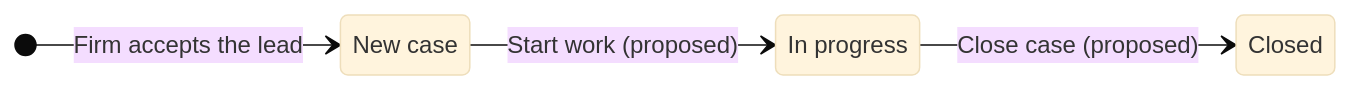
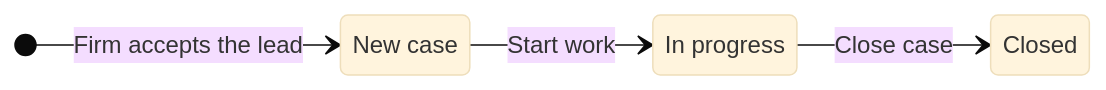
Before and after one commit to sxnnywu/grand-charter: the second of 3 diagrams in docs/workflow-rules.md, drawn with Mermaid (base theme). The commit also changed other lines of this file and 28 other files, not shown here.

````diff
--- a/docs/workflow-rules.md
+++ b/docs/workflow-rules.md
@@ -49,10 +49,10 @@
 ```mermaid
 stateDiagram-v2
     direction LR
     state "In progress" as InProgress
 
     state "New case" as NewCase
     [*] --> NewCase: Firm accepts the lead
-    NewCase --> InProgress: Start work (proposed)
-    InProgress --> Closed: Close case (proposed)
+    NewCase --> InProgress: Start work
+    InProgress --> Closed: Close case
 ```
````
